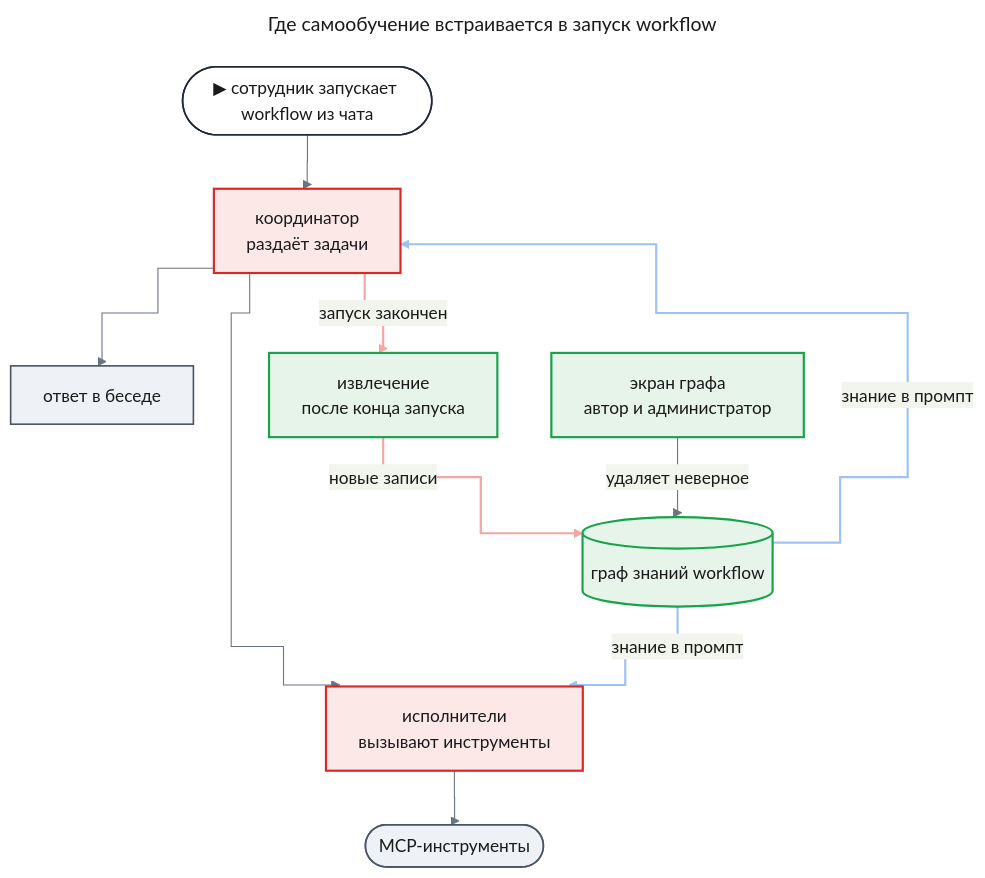
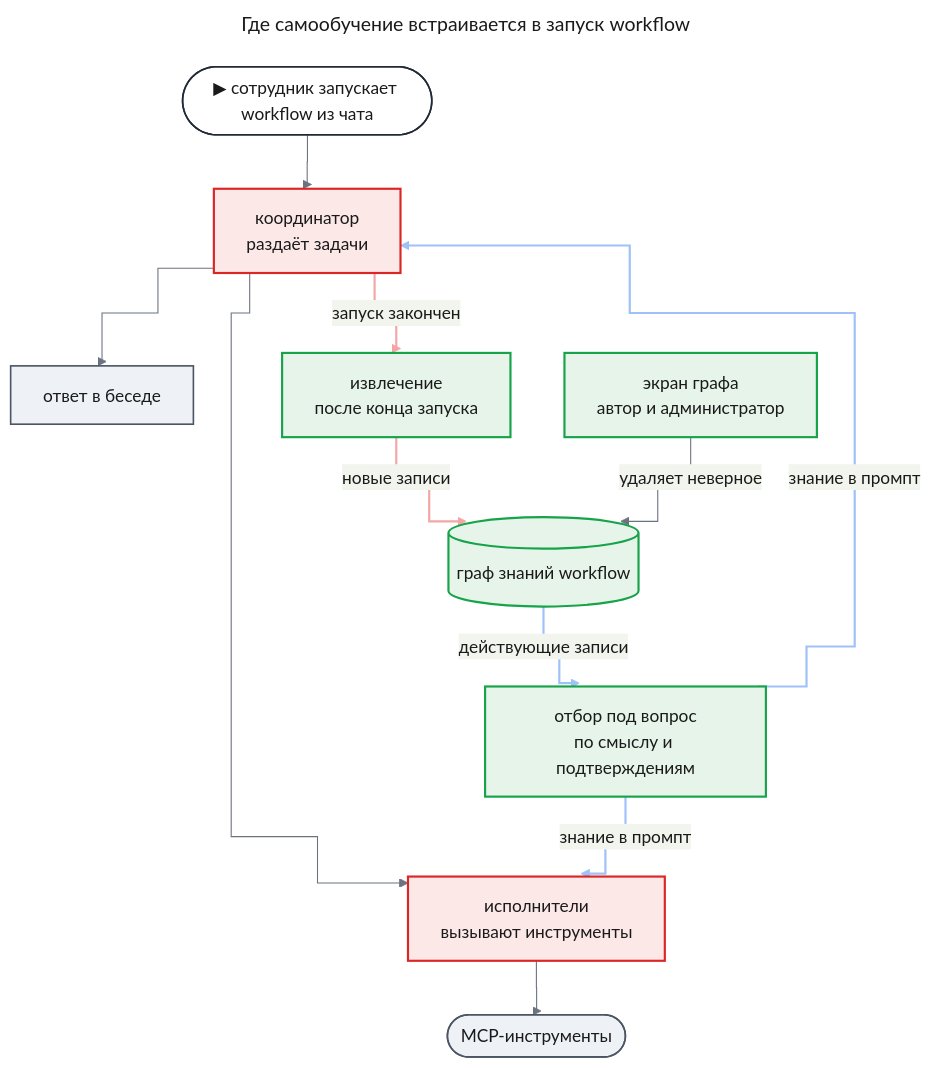
One commit to tundraray/agent-os changed the first of 3 diagrams in docs/features/self-learning/prd.md. Above: the diagram before and after it, drawn with Mermaid. The commit also changed other lines of this file, not shown here.

````diff
--- a/docs/features/self-learning/prd.md
+++ b/docs/features/self-learning/prd.md
@@ -42,52 +48,56 @@
 ```mermaid
 ---
 title: "Где самообучение встраивается в запуск workflow"
 config:
   theme: base
   look: classic
   themeVariables:
     primaryColor: "#eef1f5"
     primaryBorderColor: "#4b5563"
     primaryTextColor: "#1a1a1a"
     lineColor: "#6b7280"
   flowchart:
     curve: step
   themeCSS: |
-    @keyframes lit_sl1{0%,22.5%{stroke:#991b1b;stroke-width:6px}25%,100%{stroke:#f4a5a5;stroke-width:2px}}
-    @keyframes litr_sl1{0%,22.5%{stroke:#1d4ed8;stroke-width:6px}25%,100%{stroke:#9ec1f7;stroke-width:2px}}
+    @keyframes lit_sl1{0%,18%{stroke:#991b1b;stroke-width:6px}20%,100%{stroke:#f4a5a5;stroke-width:2px}}
+    @keyframes litr_sl1{0%,18%{stroke:#1d4ed8;stroke-width:6px}20%,100%{stroke:#9ec1f7;stroke-width:2px}}
 ---
 flowchart TB
     entry(["▶ сотрудник запускает workflow из чата"])
     coord["координатор<br/>раздаёт задачи"]
     exec["исполнители<br/>вызывают инструменты"]
     tools(["MCP-инструменты"])
     answer["ответ в беседе"]
     extract["извлечение<br/>после конца запуска"]
     kg[("граф знаний workflow")]
+    pick["отбор под вопрос<br/>по смыслу и подтверждениям"]
     screen["экран графа<br/>автор и администратор"]
     entry --> coord
     coord --> exec
     exec --> tools
     coord --> answer
     coord e1@-->|"запуск закончен"| extract
     extract e2@-->|"новые записи"| kg
-    kg e3@-->|"знание в промпт"| coord
-    kg e4@-->|"знание в промпт"| exec
+    kg e3@-->|"действующие записи"| pick
+    pick e4@-->|"знание в промпт"| coord
+    pick e5@-->|"знание в промпт"| exec
     screen -->|"удаляет неверное"| kg
     classDef entry fill:#ffffff,stroke:#1f2937,stroke-width:1.5px,color:#1a1a1a
     classDef changed fill:#fde8e8,stroke:#dc2626,stroke-width:2px,color:#1a1a1a
     classDef new fill:#e6f4ea,stroke:#16a34a,stroke-width:2px,color:#1a1a1a
     classDef unchanged fill:#eef1f5,stroke:#4b5563,stroke-width:1.5px,color:#1a1a1a
-    classDef w1 stroke:#f4a5a5,stroke-width:2px,animation:lit_sl1 4.8s linear 0s infinite
-    classDef w2 stroke:#f4a5a5,stroke-width:2px,animation:lit_sl1 4.8s linear 1.2s infinite
-    classDef r3 stroke:#9ec1f7,stroke-width:2px,animation:litr_sl1 4.8s linear 2.4s infinite
-    classDef r4 stroke:#9ec1f7,stroke-width:2px,animation:litr_sl1 4.8s linear 3.6s infinite
+    classDef w1 stroke:#f4a5a5,stroke-width:2px,animation:lit_sl1 6s linear 0s infinite
+    classDef w2 stroke:#f4a5a5,stroke-width:2px,animation:lit_sl1 6s linear 1.2s infinite
+    classDef r3 stroke:#9ec1f7,stroke-width:2px,animation:litr_sl1 6s linear 2.4s infinite
+    classDef r4 stroke:#9ec1f7,stroke-width:2px,animation:litr_sl1 6s linear 3.6s infinite
+    classDef r5 stroke:#9ec1f7,stroke-width:2px,animation:litr_sl1 6s linear 4.8s infinite
     class entry entry
     class coord,exec changed
-    class extract,kg,screen new
+    class extract,kg,pick,screen new
     class tools,answer unchanged
     class e1 w1
     class e2 w2
     class e3 r3
     class e4 r4
+    class e5 r5
 ```
````
